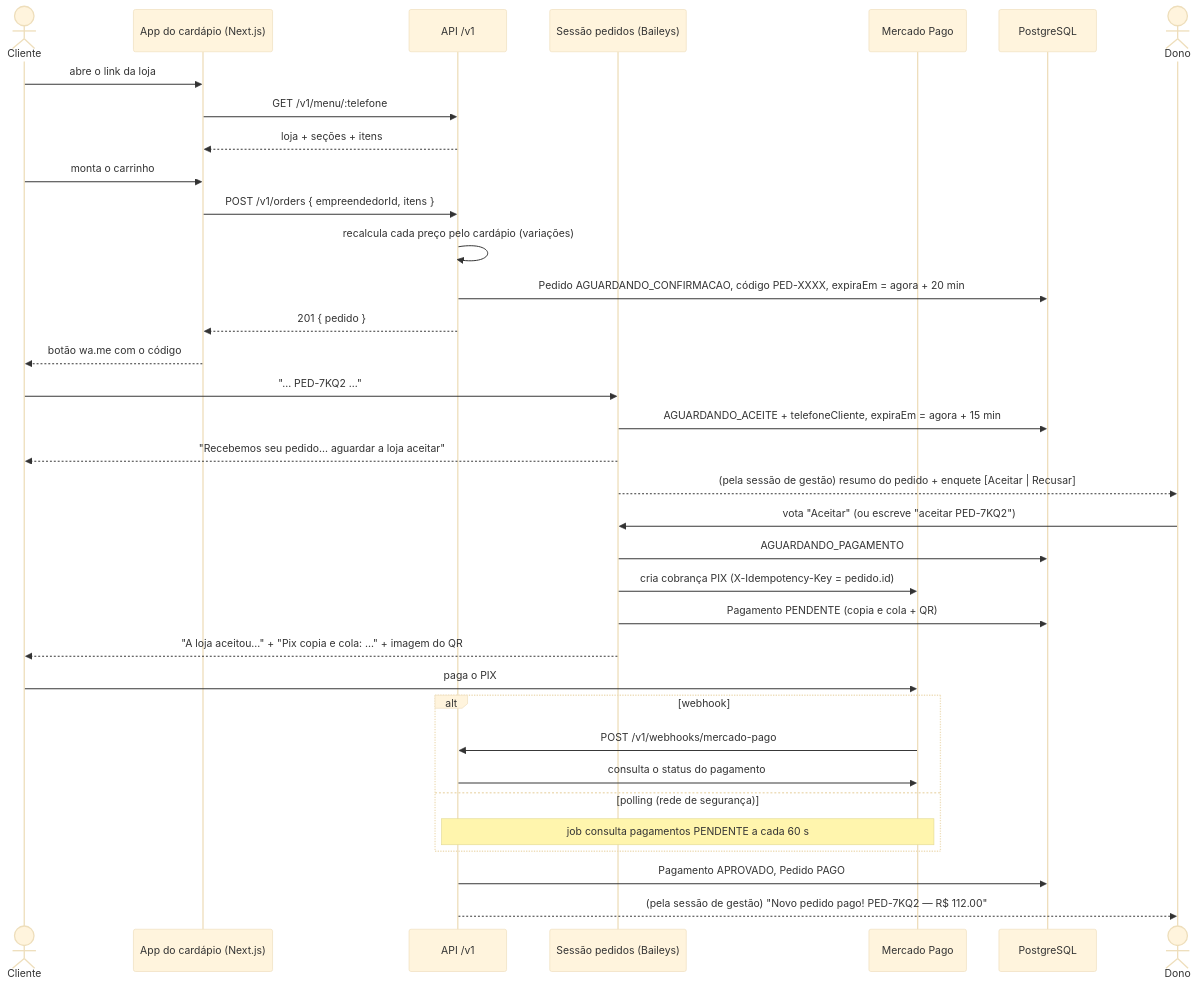
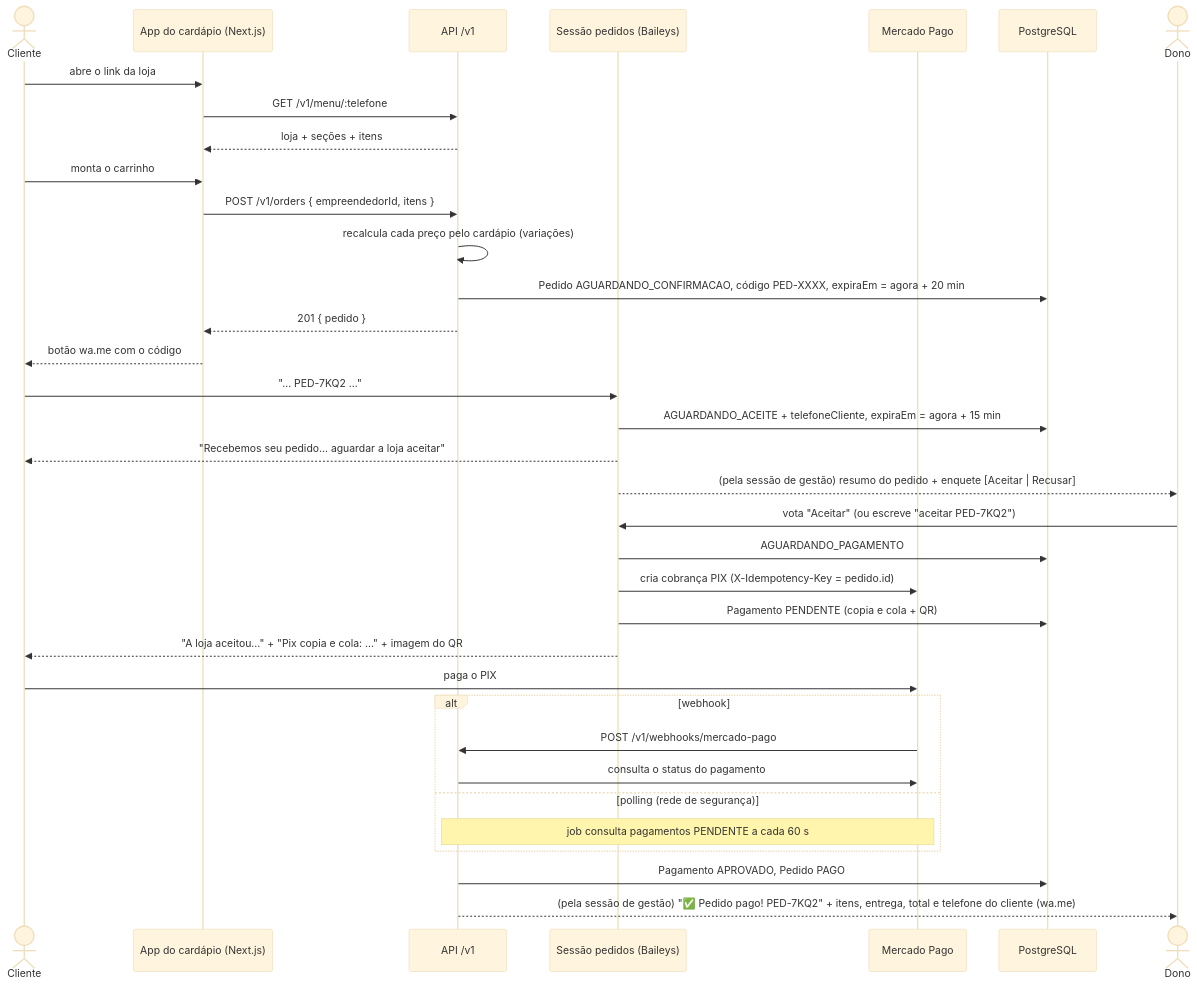
The second of 2 diagrams in docs/fluxos.md (nathanlucena/zapmenu-back), drawn with Mermaid (base theme) before and after one commit. The commit also changed other lines of this file and 6 other files, not shown here.

Commit message:
Dados completos do pedido para a loja, com o telefone do cliente

````diff
--- a/docs/fluxos.md
+++ b/docs/fluxos.md
@@ -136,38 +136,38 @@
 ```mermaid
 sequenceDiagram
     actor C as Cliente
     participant App as App do cardápio (Next.js)
     participant API as API /v1
     participant WPP as Sessão pedidos (Baileys)
     participant MP as Mercado Pago
     participant DB as PostgreSQL
     actor Dono
 
     C->>App: abre o link da loja
     App->>API: GET /v1/menu/:telefone
     API-->>App: loja + seções + itens
     C->>App: monta o carrinho
     App->>API: POST /v1/orders { empreendedorId, itens }
     API->>API: recalcula cada preço pelo cardápio (variações)
     API->>DB: Pedido AGUARDANDO_CONFIRMACAO, código PED-XXXX, expiraEm = agora + 20 min
     API-->>App: 201 { pedido }
     App-->>C: botão wa.me com o código
     C->>WPP: "… PED-7KQ2 …"
     WPP->>DB: AGUARDANDO_ACEITE + telefoneCliente, expiraEm = agora + 15 min
     WPP-->>C: "Recebemos seu pedido… aguardar a loja aceitar"
     WPP-->>Dono: (pela sessão de gestão) resumo do pedido + enquete [Aceitar | Recusar]
     Dono->>WPP: vota "Aceitar" (ou escreve "aceitar PED-7KQ2")
     WPP->>DB: AGUARDANDO_PAGAMENTO
     WPP->>MP: cria cobrança PIX (X-Idempotency-Key = pedido.id)
     WPP->>DB: Pagamento PENDENTE (copia e cola + QR)
     WPP-->>C: "A loja aceitou…" + "Pix copia e cola: …" + imagem do QR
     C->>MP: paga o PIX
     alt webhook
         MP->>API: POST /v1/webhooks/mercado-pago
         API->>MP: consulta o status do pagamento
     else polling (rede de segurança)
         Note over API,MP: job consulta pagamentos PENDENTE a cada 60 s
     end
     API->>DB: Pagamento APROVADO, Pedido PAGO
-    API-->>Dono: (pela sessão de gestão) "Novo pedido pago! PED-7KQ2 — R$ 112.00"
+    API-->>Dono: (pela sessão de gestão) "✅ Pedido pago! PED-7KQ2" + itens, entrega, total e telefone do cliente (wa.me)
 ```
````
